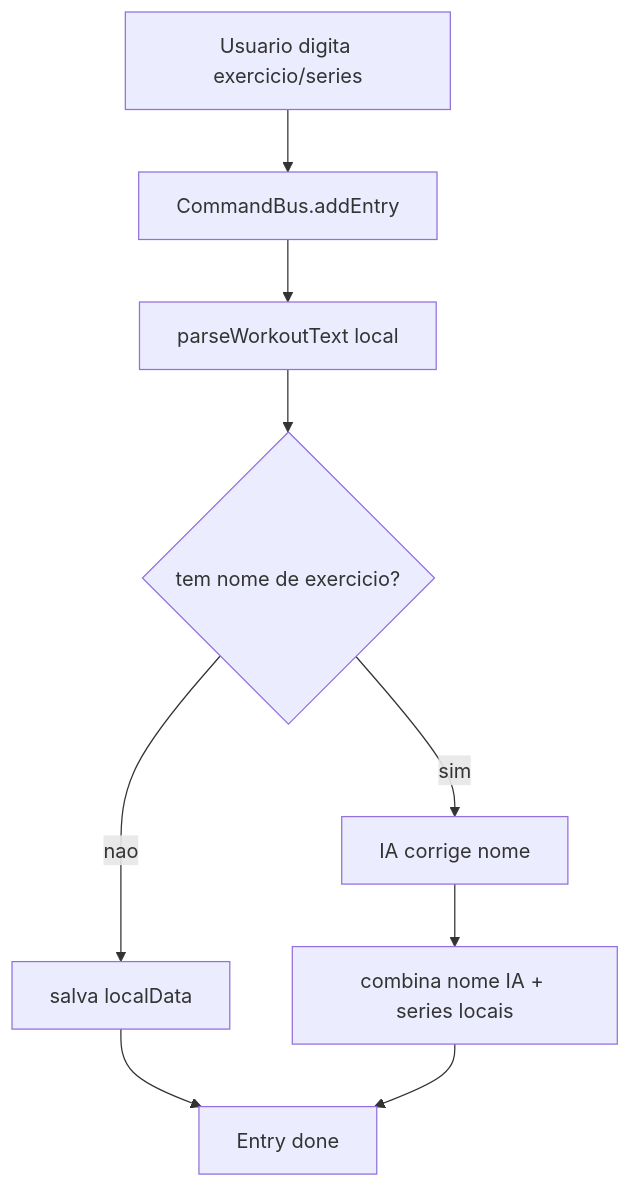
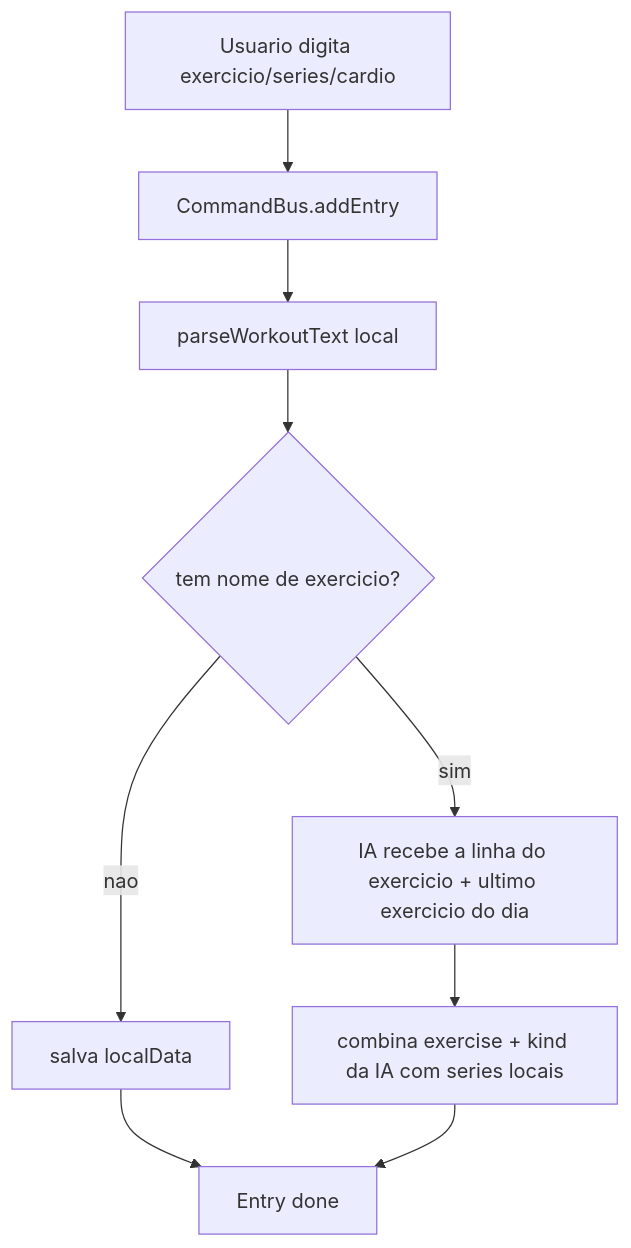
Before and after one commit to ompo-dev/Gym: the tenth of 12 diagrams in docs/data-flows.md, drawn with Mermaid. The commit also changed other lines of this file and 30 other files, not shown here.

````diff
--- a/docs/data-flows.md
+++ b/docs/data-flows.md
@@ -229,11 +229,11 @@
 ```mermaid
 flowchart TD
-  A["Usuario digita exercicio/series"] --> B["CommandBus.addEntry"]
+  A["Usuario digita exercicio/series/cardio"] --> B["CommandBus.addEntry"]
   B --> C["parseWorkoutText local"]
   C --> D{"tem nome de exercicio?"}
   D -->|nao| E["salva localData"]
-  D -->|sim| F["IA corrige nome"]
-  F --> G["combina nome IA + series locais"]
+  D -->|sim| F["IA recebe a linha do exercicio + ultimo exercicio do dia"]
+  F --> G["combina exercise + kind da IA com series locais"]
   E --> H["Entry done"]
   G --> H
 ```
````
